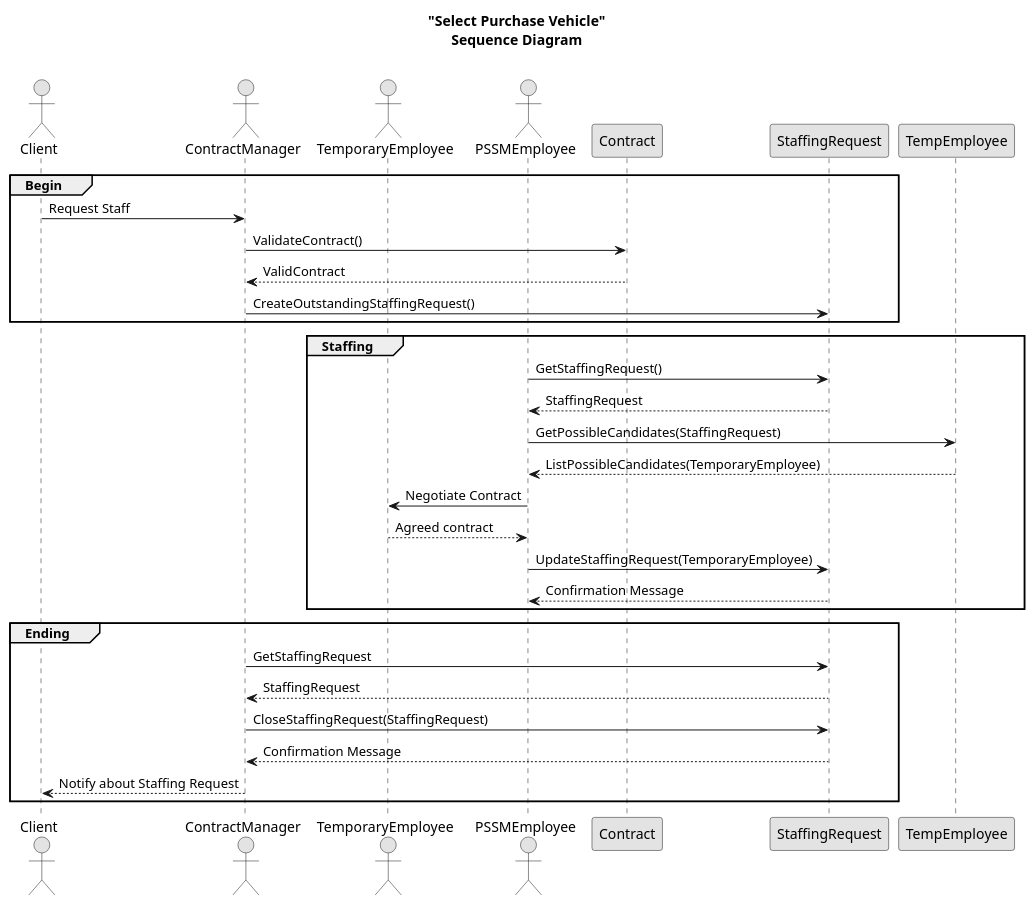
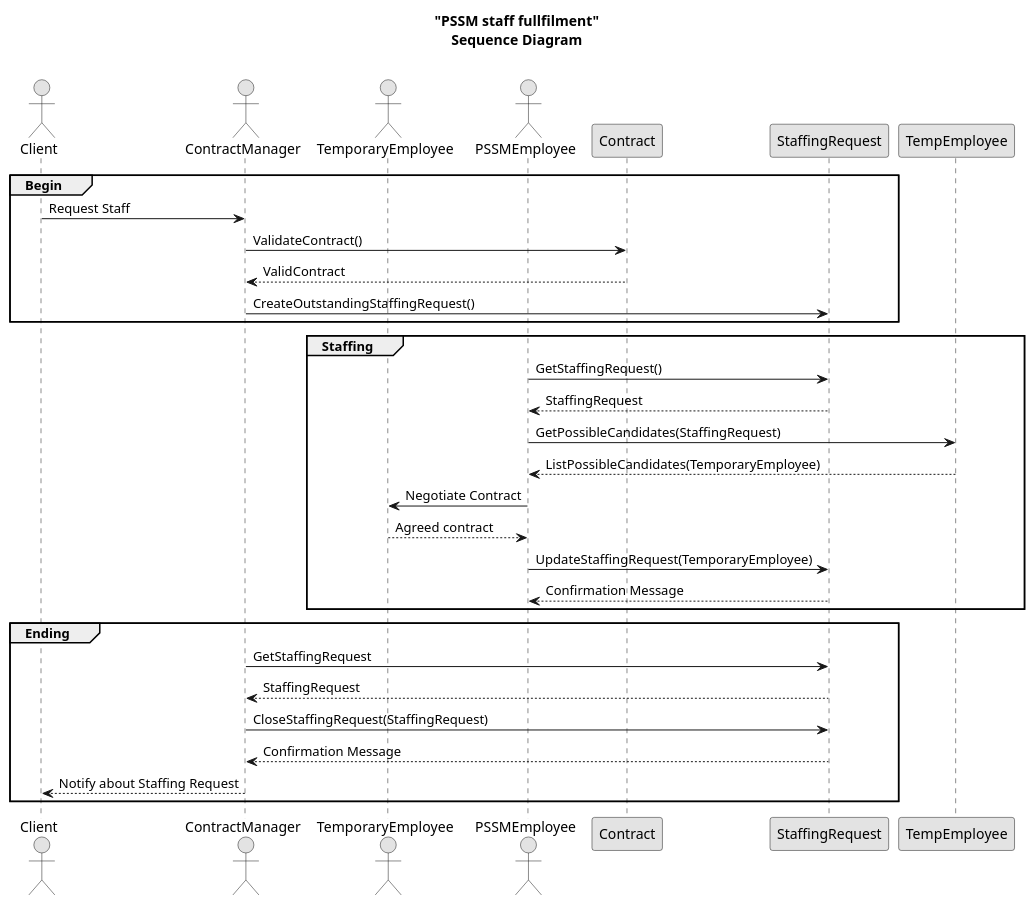
The diagram in Analysis/behavioral/PSSM_staff_fullfilment_sd.puml (Nuissance/CIS641-capstone), drawn with PlantUML before and after one commit. The commit also changed 2 other files, not shown here.

```diff
--- a/Analysis/behavioral/PSSM_staff_fullfilment_sd.puml
+++ b/Analysis/behavioral/PSSM_staff_fullfilment_sd.puml
@@ -1,42 +1,42 @@
 @startuml
 skinparam monochrome true
-title "Select Purchase Vehicle"\nSequence Diagram\n
+title "PSSM staff fullfilment"\nSequence Diagram\n
 
 actor Client as C
 actor ContractManager as CM
 actor TemporaryEmployee as TE
 actor PSSMEmployee as PE
 
 
 participant Contract as CO
 participant StaffingRequest as SR
 participant TempEmployee as TEC
 
 
 group Begin
   C -> CM : Request Staff
   CM -> CO: ValidateContract()
   CO --> CM : ValidContract
   CM -> SR : CreateOutstandingStaffingRequest()
 end
 
 group Staffing
   PE -> SR : GetStaffingRequest()
   SR --> PE : StaffingRequest
   PE -> TEC : GetPossibleCandidates(StaffingRequest)
   TEC --> PE : ListPossibleCandidates(TemporaryEmployee)
   PE -> TE : Negotiate Contract
   TE --> PE : Agreed contract
   PE -> SR : UpdateStaffingRequest(TemporaryEmployee)
   SR --> PE : Confirmation Message
 end
 
 group Ending
   CM -> SR: GetStaffingRequest
   SR --> CM: StaffingRequest
   CM -> SR :CloseStaffingRequest(StaffingRequest)
   SR --> CM : Confirmation Message
   CM --> C: Notify about Staffing Request
 end
 
 @enduml
```
